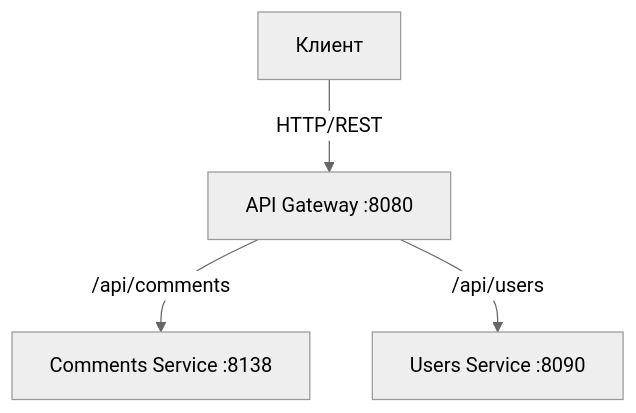
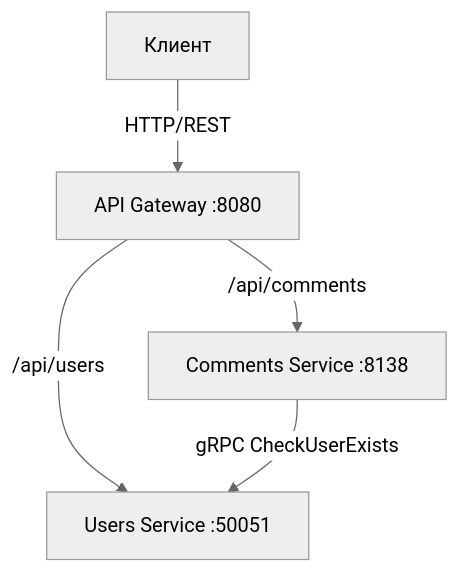
One commit to ohfuckinglucy/DST changed the diagram in weeks/week-17/ARCHITECTURE.md. Above: the diagram before and after it, drawn with Mermaid (neutral theme). The commit also changed other lines of this file and 15 other files, not shown here.

Commit message:
feat: add gRPC user existence check on comment creatio

````diff
--- a/weeks/week-17/ARCHITECTURE.md
+++ b/weeks/week-17/ARCHITECTURE.md
@@ -19,6 +19,7 @@
 ```mermaid
 graph TD
     Client[Клиент] -->|HTTP/REST| GW[API Gateway :8080]
     GW -->|/api/comments| CS[Comments Service :8138]
     GW -->|/api/users| US[Users Service :8090]
+    CS -->|gRPC CheckUserExists| US[Users Service :50051]
 ```
````
